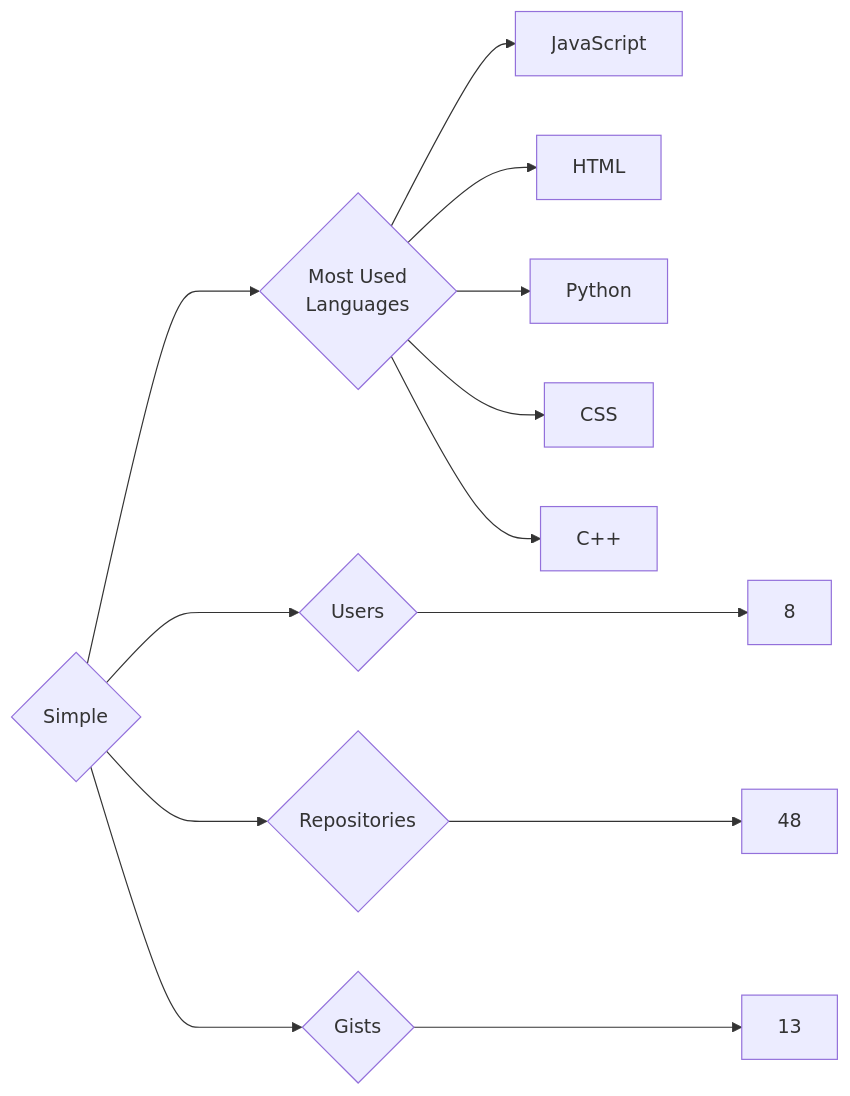
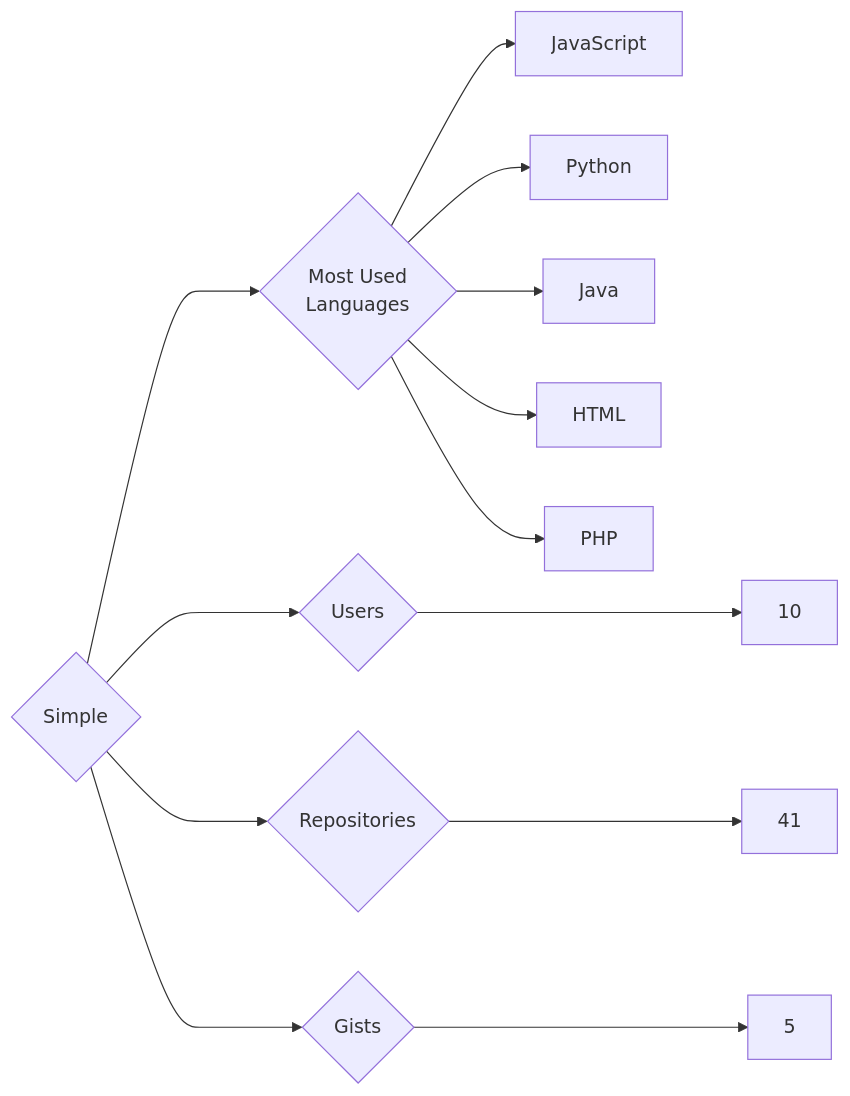
Before and after one commit to trickest/insiders: the diagram in targets/Simple/README.md, drawn with Mermaid. The commit also changed 1479 other files, not shown here.

````diff
--- a/targets/Simple/README.md
+++ b/targets/Simple/README.md
@@ -3,13 +3,13 @@
 ```mermaid
 graph LR
 COMPANY_NAME{Simple}
-COMPANY_NAME ---> U{Users} ---> UN[8]
-COMPANY_NAME ---> R{Repositories} ---> RN[48]
-COMPANY_NAME ---> G{Gists} ---> GN[13]
+COMPANY_NAME ---> U{Users} ---> UN[10]
+COMPANY_NAME ---> R{Repositories} ---> RN[41]
+COMPANY_NAME ---> G{Gists} ---> GN[5]
 COMPANY_NAME ---> ML{Most Used<br>Languages}
 ML --> JavaScript[JavaScript]
+ML --> Python[Python]
+ML --> Java[Java]
 ML --> HTML[HTML]
-ML --> Python[Python]
-ML --> CSS[CSS]
-ML --> C++[C++]
+ML --> PHP[PHP]
 ```
````
